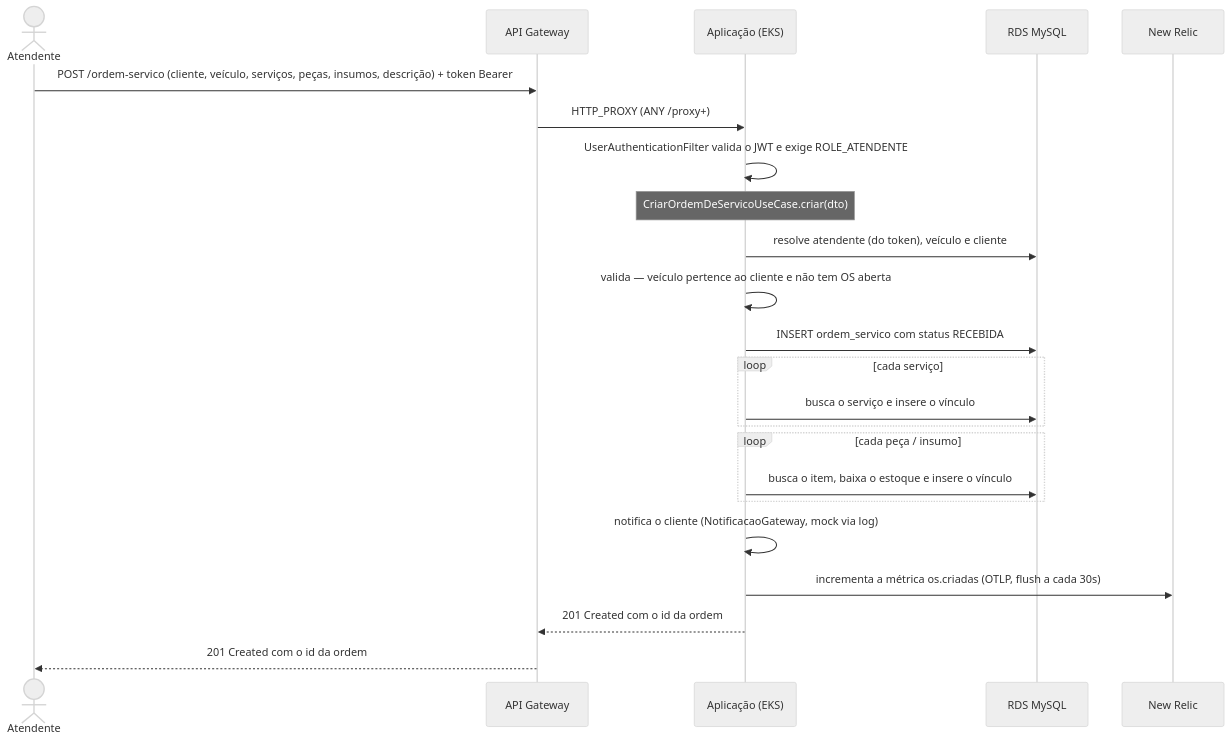
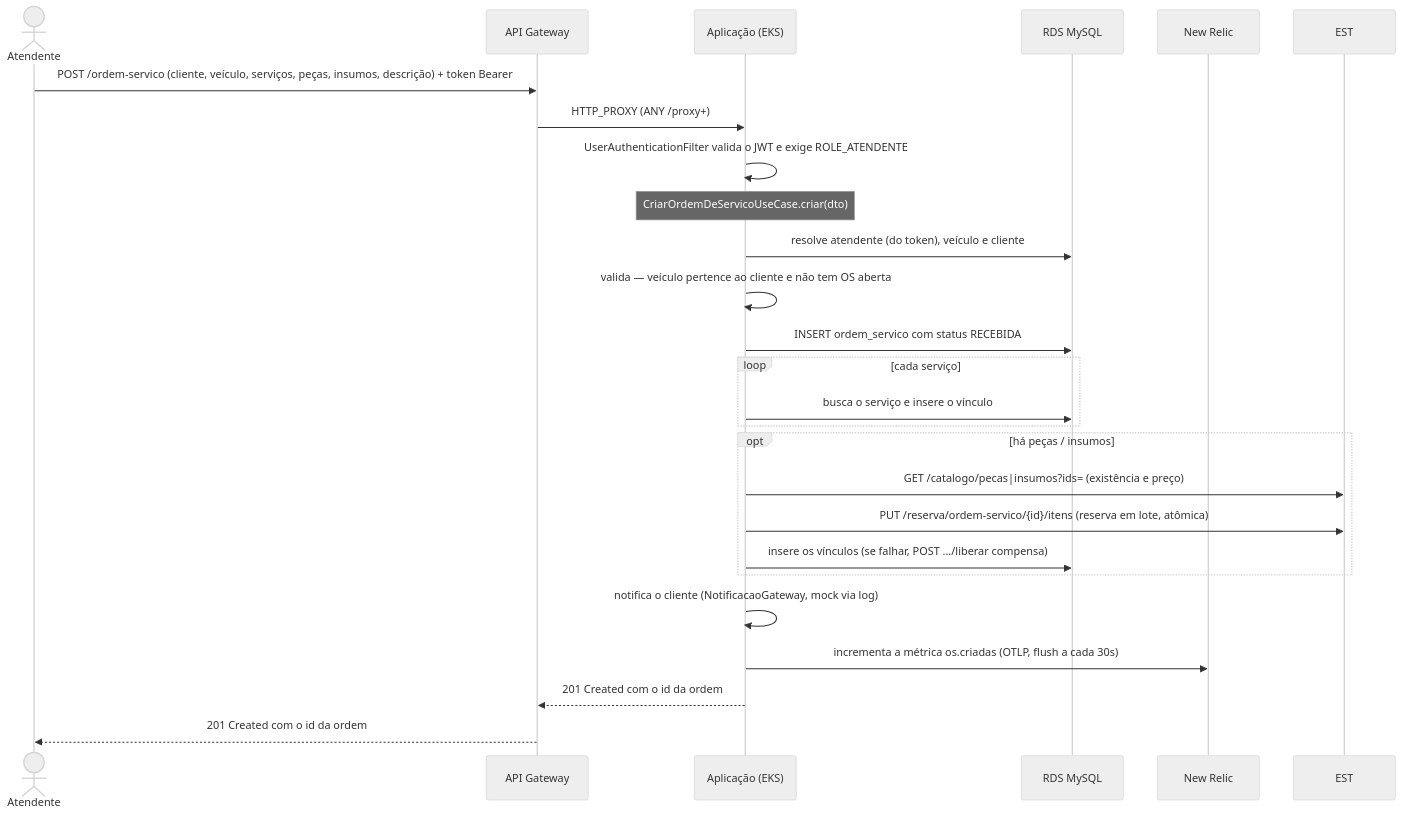
Before and after one commit to ArthurPeruzzo/fiap-mecanica: the third of 3 diagrams in docs/arquitetura.md, drawn with Mermaid (neutral theme). The commit also changed other lines of this file and 102 other files, not shown here.

````diff
--- a/docs/arquitetura.md
+++ b/docs/arquitetura.md
@@ -129,26 +130,28 @@
 ```mermaid
 sequenceDiagram
     actor A as Atendente
     participant GW as API Gateway
     participant APP as Aplicação (EKS)
     participant DB as RDS MySQL
     participant NR as New Relic
 
     A->>GW: POST /ordem-servico (cliente, veículo, serviços, peças, insumos, descrição) + token Bearer
     GW->>APP: HTTP_PROXY (ANY /proxy+)
     APP->>APP: UserAuthenticationFilter valida o JWT e exige ROLE_ATENDENTE
     Note over APP: CriarOrdemDeServicoUseCase.criar(dto)
     APP->>DB: resolve atendente (do token), veículo e cliente
     APP->>APP: valida — veículo pertence ao cliente e não tem OS aberta
     APP->>DB: INSERT ordem_servico com status RECEBIDA
     loop cada serviço
         APP->>DB: busca o serviço e insere o vínculo
     end
-    loop cada peça / insumo
-        APP->>DB: busca o item, baixa o estoque e insere o vínculo
+    opt há peças / insumos
+        APP->>EST: GET /catalogo/pecas|insumos?ids= (existência e preço)
+        APP->>EST: PUT /reserva/ordem-servico/{id}/itens (reserva em lote, atômica)
+        APP->>DB: insere os vínculos (se falhar, POST .../liberar compensa)
     end
     APP->>APP: notifica o cliente (NotificacaoGateway, mock via log)
     APP->>NR: incrementa a métrica os.criadas (OTLP, flush a cada 30s)
     APP-->>GW: 201 Created com o id da ordem
     GW-->>A: 201 Created com o id da ordem
 ```
````
